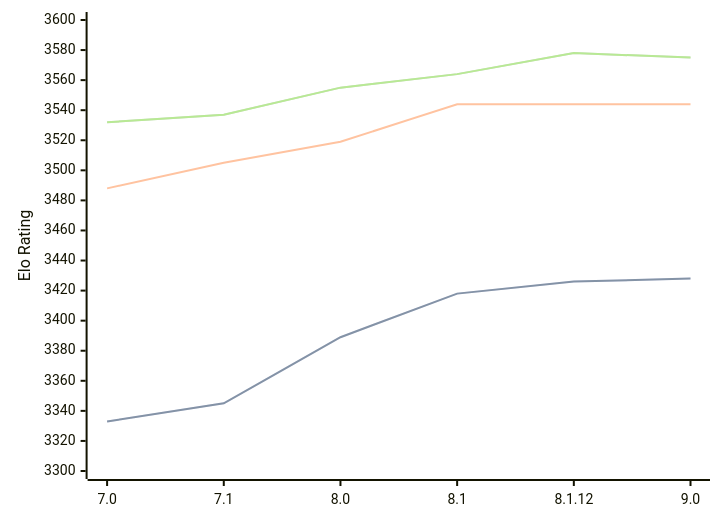
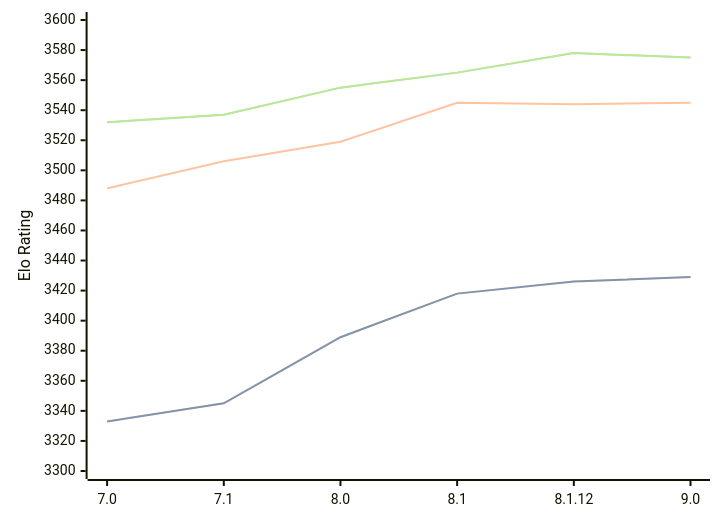
The diagram in engines/Alexandria.md (computer-chess-index/cci), drawn with Mermaid before and after one commit. The commit also changed other lines of this file, not shown here.

Commit message:
Update CCI Ratings (ELO VLTC) - 2026-08-25

````diff
--- a/engines/Alexandria.md
+++ b/engines/Alexandria.md
@@ -36,11 +36,11 @@
 ```mermaid
 %%{init: {"theme":"base","themeVariables":{"seriesColors:['#a3a3a3','#222221','#faa371']}}}%%
 xychart-beta
   x-axis ["7.0", "7.1", "8.0", "8.1", "8.1.12", "9.0"]
   y-axis "Elo Rating" 3300 --> 3600
-  line "STC (8.0+0.08s)" [3333, 3345, 3389, 3418, 3426, 3428]
-  line "STC (8.0+0.08s)" [3333, 3345, 3389, 3418, 3426, 3428]
-  line "LTC (60.0+0.60s)" [3488, 3505, 3519, 3544, 3544, 3544]
-  line "VLTC (2m24s+1.12s)" [3532, 3537, 3555, 3564, 3578, 3575]
-  line "VLTC (2m24s+1.12s)" [3532, 3537, 3555, 3564, 3578, 3575]
+  line "STC (8.0+0.08s)" [3333, 3345, 3389, 3418, 3426, 3429]
+  line "STC (8.0+0.08s)" [3333, 3345, 3389, 3418, 3426, 3429]
+  line "LTC (60.0+0.60s)" [3488, 3506, 3519, 3545, 3544, 3545]
+  line "VLTC (2m24s+1.12s)" [3532, 3537, 3555, 3565, 3578, 3575]
+  line "VLTC (2m24s+1.12s)" [3532, 3537, 3555, 3565, 3578, 3575]
 ```
````
